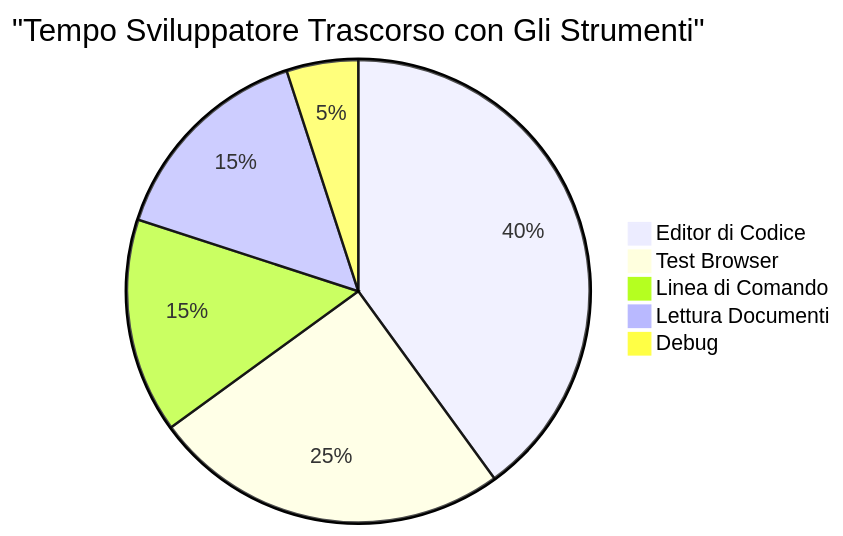
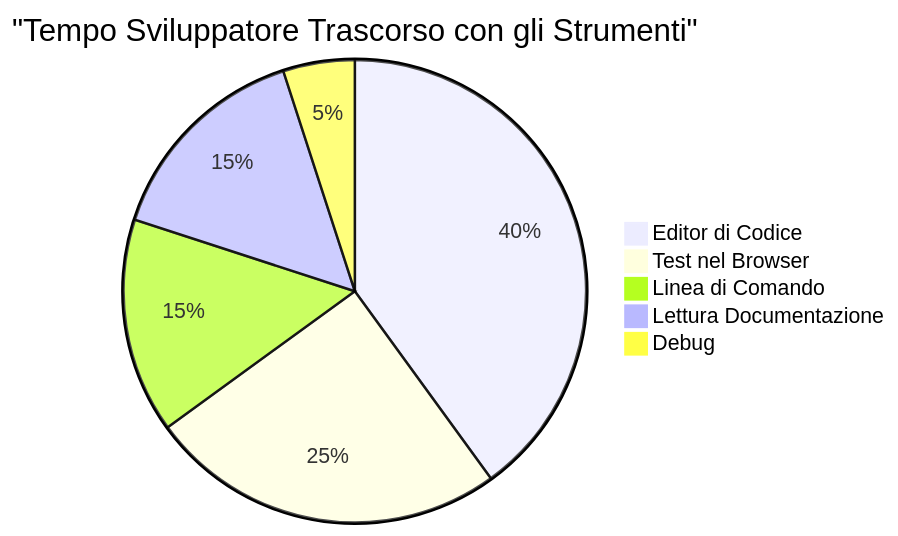
The sixth of 7 diagrams in translations/it/1-getting-started-lessons/1-intro-to-programming-languages/README.md (microsoft/Web-Dev-For-Beginners), drawn with Mermaid before and after one commit. The commit also changed other lines of this file and 8 other files, not shown here.

````diff
--- a/translations/it/1-getting-started-lessons/1-intro-to-programming-languages/README.md
+++ b/translations/it/1-getting-started-lessons/1-intro-to-programming-languages/README.md
@@ -713,8 +712,8 @@
 ```mermaid
-pie title "Tempo Sviluppatore Trascorso con Gli Strumenti"
+pie title "Tempo Sviluppatore Trascorso con gli Strumenti"
     "Editor di Codice" : 40
-    "Test Browser" : 25
+    "Test nel Browser" : 25
     "Linea di Comando" : 15
-    "Lettura Documenti" : 15
+    "Lettura Documentazione" : 15
     "Debug" : 5
 ```
````
